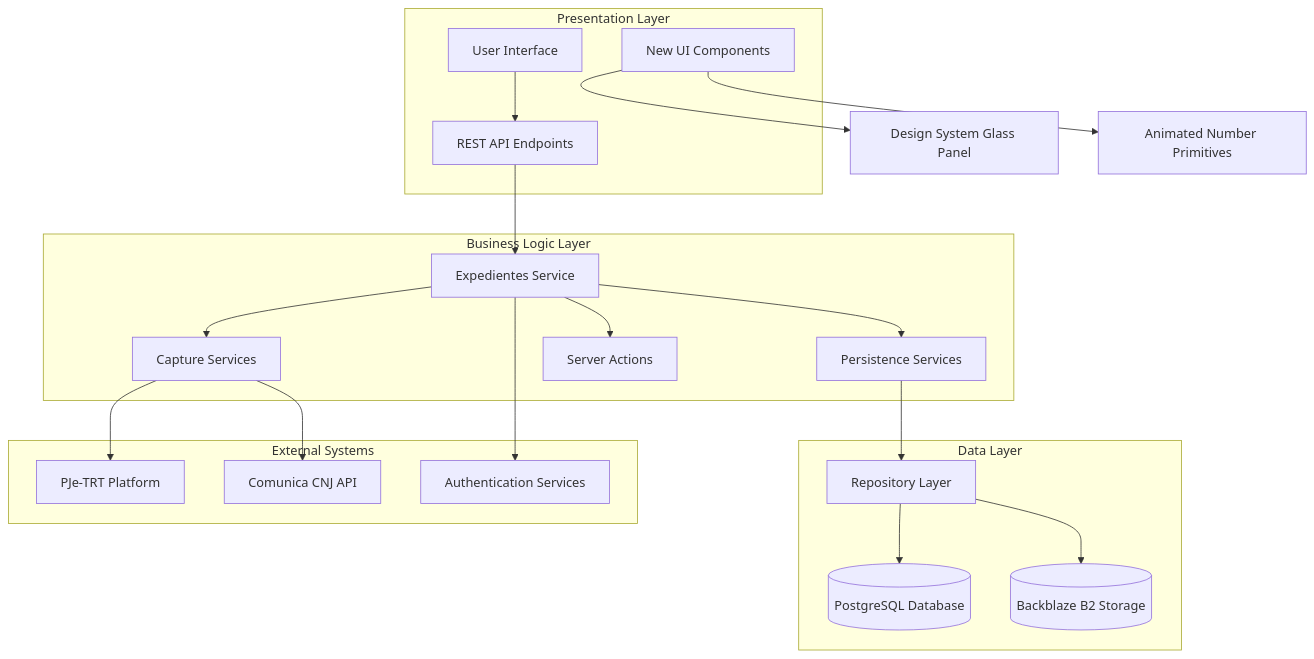
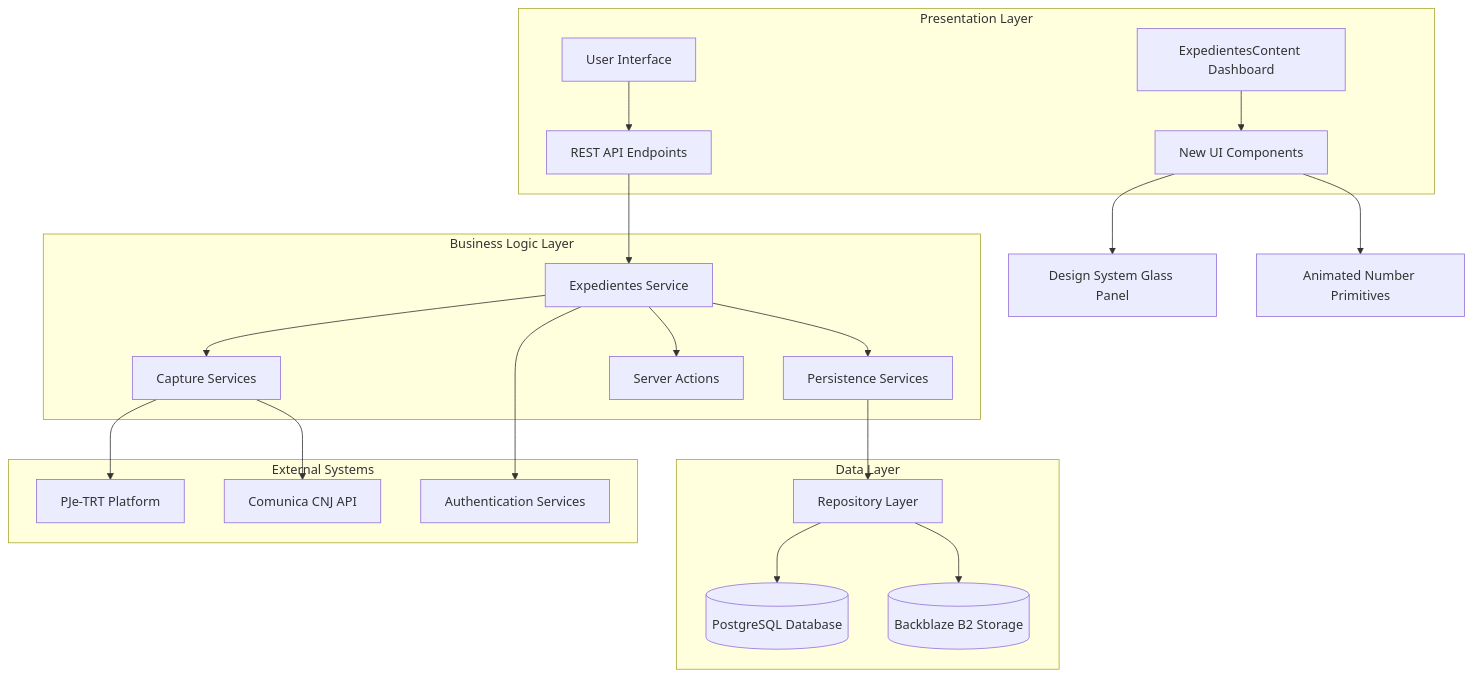
Before and after one commit to SinesysTech/zattar-os: the first of 17 diagrams in .qoder/repowiki/en/content/Legal Process Management System/Automated Data Capture from PJE-TRT Systems/Expedientes Capture Tracking System.md, drawn with Mermaid. The commit also changed other lines of this file and 40 other files, not shown here.

````diff
--- a/.qoder/repowiki/en/content/Legal Process Management System/Automated Data Capture from PJE-TRT Systems/Expedientes Capture Tracking System.md
+++ b/.qoder/repowiki/en/content/Legal Process Management System/Automated Data Capture from PJE-TRT Systems/Expedientes Capture Tracking System.md
@@ -59,37 +60,39 @@
 ```mermaid
 graph TB
 subgraph "Presentation Layer"
 UI[User Interface]
 API[REST API Endpoints]
 Components[New UI Components]
+Dashboard[ExpedientesContent Dashboard]
 end
 subgraph "Business Logic Layer"
 Service[Expedientes Service]
 Capture[Capture Services]
 Persistence[Persistence Services]
 Actions[Server Actions]
 end
 subgraph "Data Layer"
 Repository[Repository Layer]
 Database[(PostgreSQL Database)]
 Storage[(Backblaze B2 Storage)]
 end
 subgraph "External Systems"
 PJE[PJe-TRT Platform]
 CNJ[Comunica CNJ API]
 Auth[Authentication Services]
 end
 UI --> API
 API --> Service
 Service --> Capture
 Service --> Persistence
 Service --> Actions
 Persistence --> Repository
 Repository --> Database
 Repository --> Storage
 Capture --> PJE
 Capture --> CNJ
 Service --> Auth
 Components --> GlassPanel[Design System Glass Panel]
 Components --> AnimatedNumber[Animated Number Primitives]
+Dashboard --> Components
 ```
````
